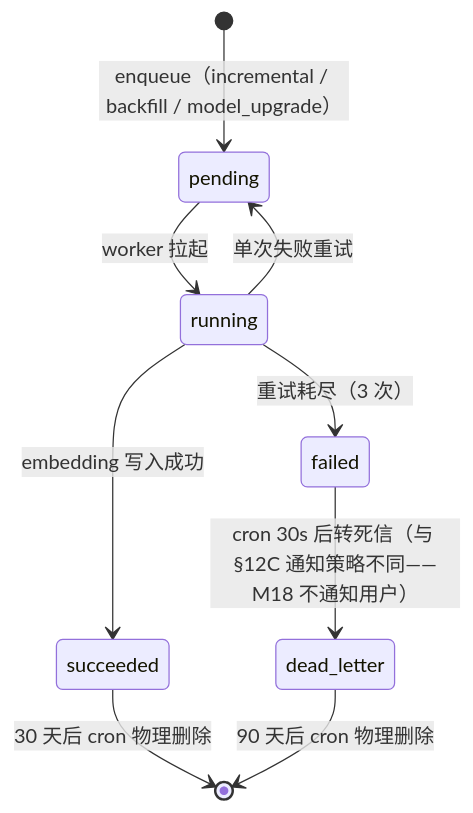
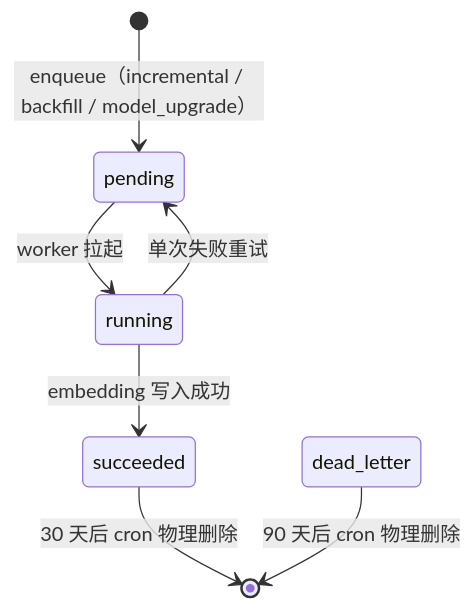
One commit to CY1005/prism-0420 changed the second of 2 diagrams in design/02-modules/M18-semantic-search/00-design.md. Above: the diagram before and after it, drawn with Mermaid. The commit also changed other lines of this file and 4 other files, not shown here.

First line of the commit message:
docs(R4-3a): 非常规态登记规约 + M01/M16/M17/M18 mermaid 回扫

````diff
--- a/design/02-modules/M18-semantic-search/00-design.md
+++ b/design/02-modules/M18-semantic-search/00-design.md
@@ -500,11 +500,9 @@
 ```mermaid
 stateDiagram-v2
     [*] --> pending: enqueue（incremental / backfill / model_upgrade）
     pending --> running: worker 拉起
     running --> succeeded: embedding 写入成功
-    running --> failed: 重试耗尽（3 次）
     running --> pending: 单次失败重试
-    failed --> dead_letter: cron 30s 后转死信（与 §12C 通知策略不同——M18 不通知用户）
     succeeded --> [*]: 30 天后 cron 物理删除
     dead_letter --> [*]: 90 天后 cron 物理删除
 ```
````
